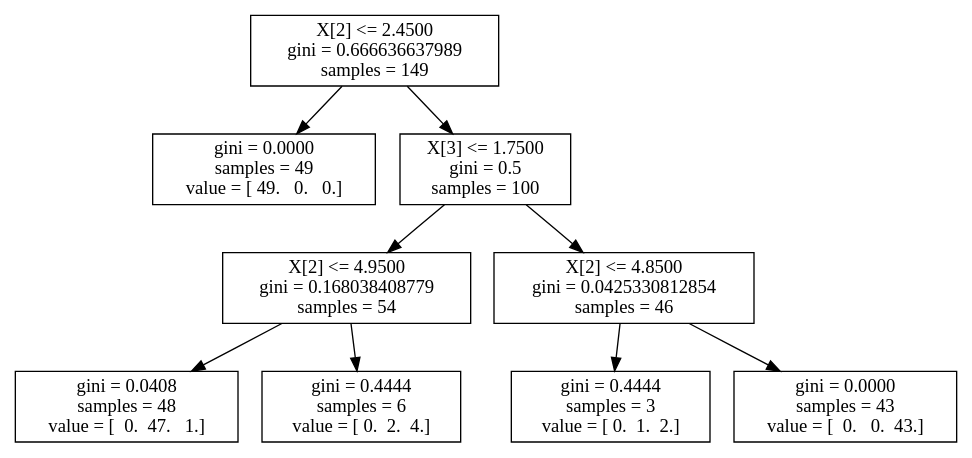
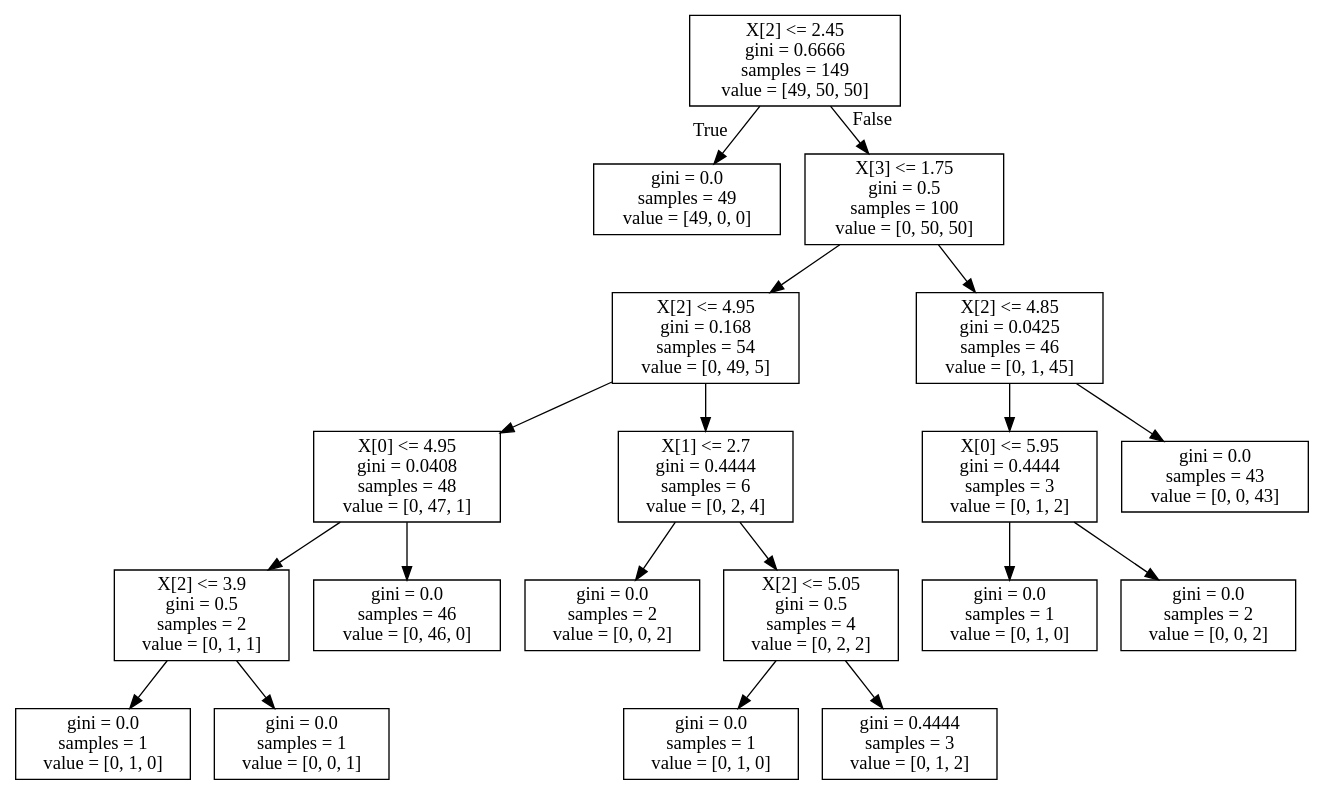
Before and after one commit to DiegoHueltes/data_analysis_lab_day: the diagram in demo/iris_dtc.dot, drawn with Graphviz. The commit also changed 2 other files, not shown here.

```diff
--- a/demo/iris_dtc.dot
+++ b/demo/iris_dtc.dot
@@ -1,19 +1,40 @@
 digraph Tree {
-0 [label="X[2] <= 2.4500\ngini = 0.666636637989\nsamples = 149", shape="box"] ;
-1 [label="gini = 0.0000\nsamples = 49\nvalue = [ 49.   0.   0.]", shape="box"] ;
-0 -> 1 ;
-2 [label="X[3] <= 1.7500\ngini = 0.5\nsamples = 100", shape="box"] ;
-0 -> 2 ;
-3 [label="X[2] <= 4.9500\ngini = 0.168038408779\nsamples = 54", shape="box"] ;
+node [shape=box] ;
+0 [label="X[2] <= 2.45\ngini = 0.6666\nsamples = 149\nvalue = [49, 50, 50]"] ;
+1 [label="gini = 0.0\nsamples = 49\nvalue = [49, 0, 0]"] ;
+0 -> 1 [labeldistance=2.5, labelangle=45, headlabel="True"] ;
+2 [label="X[3] <= 1.75\ngini = 0.5\nsamples = 100\nvalue = [0, 50, 50]"] ;
+0 -> 2 [labeldistance=2.5, labelangle=-45, headlabel="False"] ;
+3 [label="X[2] <= 4.95\ngini = 0.168\nsamples = 54\nvalue = [0, 49, 5]"] ;
 2 -> 3 ;
-4 [label="gini = 0.0408\nsamples = 48\nvalue = [  0.  47.   1.]", shape="box"] ;
+4 [label="X[0] <= 4.95\ngini = 0.0408\nsamples = 48\nvalue = [0, 47, 1]"] ;
 3 -> 4 ;
-5 [label="gini = 0.4444\nsamples = 6\nvalue = [ 0.  2.  4.]", shape="box"] ;
-3 -> 5 ;
-6 [label="X[2] <= 4.8500\ngini = 0.0425330812854\nsamples = 46", shape="box"] ;
-2 -> 6 ;
-7 [label="gini = 0.4444\nsamples = 3\nvalue = [ 0.  1.  2.]", shape="box"] ;
-6 -> 7 ;
-8 [label="gini = 0.0000\nsamples = 43\nvalue = [  0.   0.  43.]", shape="box"] ;
-6 -> 8 ;
+5 [label="X[2] <= 3.9\ngini = 0.5\nsamples = 2\nvalue = [0, 1, 1]"] ;
+4 -> 5 ;
+6 [label="gini = 0.0\nsamples = 1\nvalue = [0, 1, 0]"] ;
+5 -> 6 ;
+7 [label="gini = 0.0\nsamples = 1\nvalue = [0, 0, 1]"] ;
+5 -> 7 ;
+8 [label="gini = 0.0\nsamples = 46\nvalue = [0, 46, 0]"] ;
+4 -> 8 ;
+9 [label="X[1] <= 2.7\ngini = 0.4444\nsamples = 6\nvalue = [0, 2, 4]"] ;
+3 -> 9 ;
+10 [label="gini = 0.0\nsamples = 2\nvalue = [0, 0, 2]"] ;
+9 -> 10 ;
+11 [label="X[2] <= 5.05\ngini = 0.5\nsamples = 4\nvalue = [0, 2, 2]"] ;
+9 -> 11 ;
+12 [label="gini = 0.0\nsamples = 1\nvalue = [0, 1, 0]"] ;
+11 -> 12 ;
+13 [label="gini = 0.4444\nsamples = 3\nvalue = [0, 1, 2]"] ;
+11 -> 13 ;
+14 [label="X[2] <= 4.85\ngini = 0.0425\nsamples = 46\nvalue = [0, 1, 45]"] ;
+2 -> 14 ;
+15 [label="X[0] <= 5.95\ngini = 0.4444\nsamples = 3\nvalue = [0, 1, 2]"] ;
+14 -> 15 ;
+16 [label="gini = 0.0\nsamples = 1\nvalue = [0, 1, 0]"] ;
+15 -> 16 ;
+17 [label="gini = 0.0\nsamples = 2\nvalue = [0, 0, 2]"] ;
+15 -> 17 ;
+18 [label="gini = 0.0\nsamples = 43\nvalue = [0, 0, 43]"] ;
+14 -> 18 ;
 }
```
